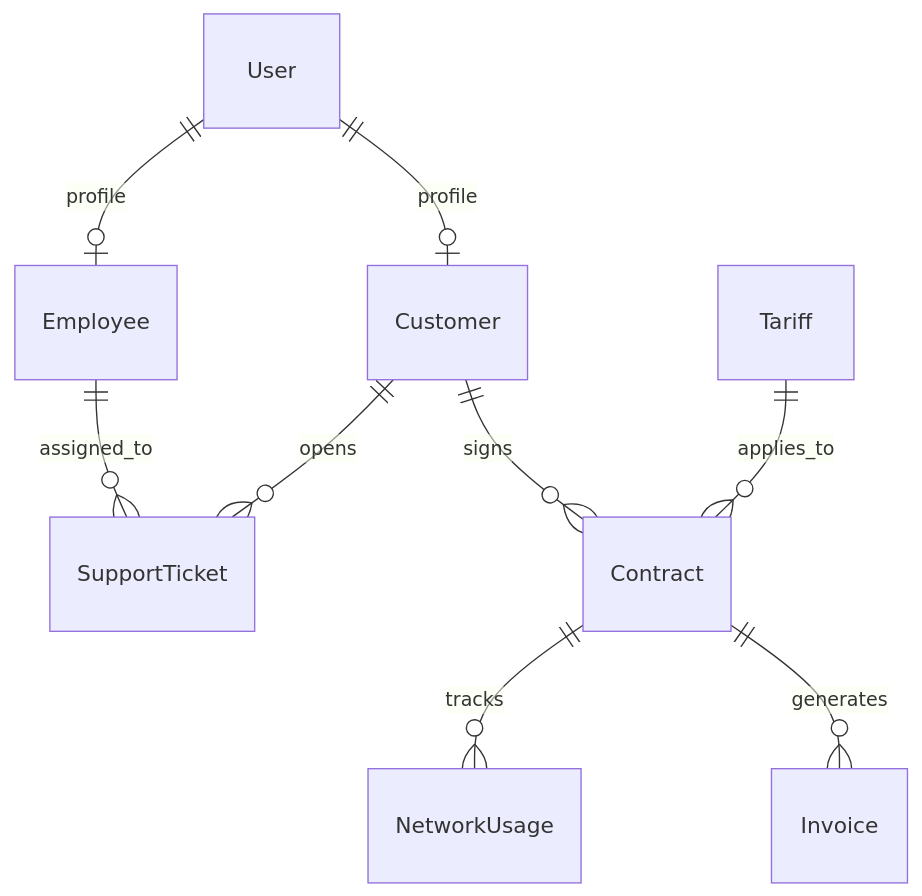
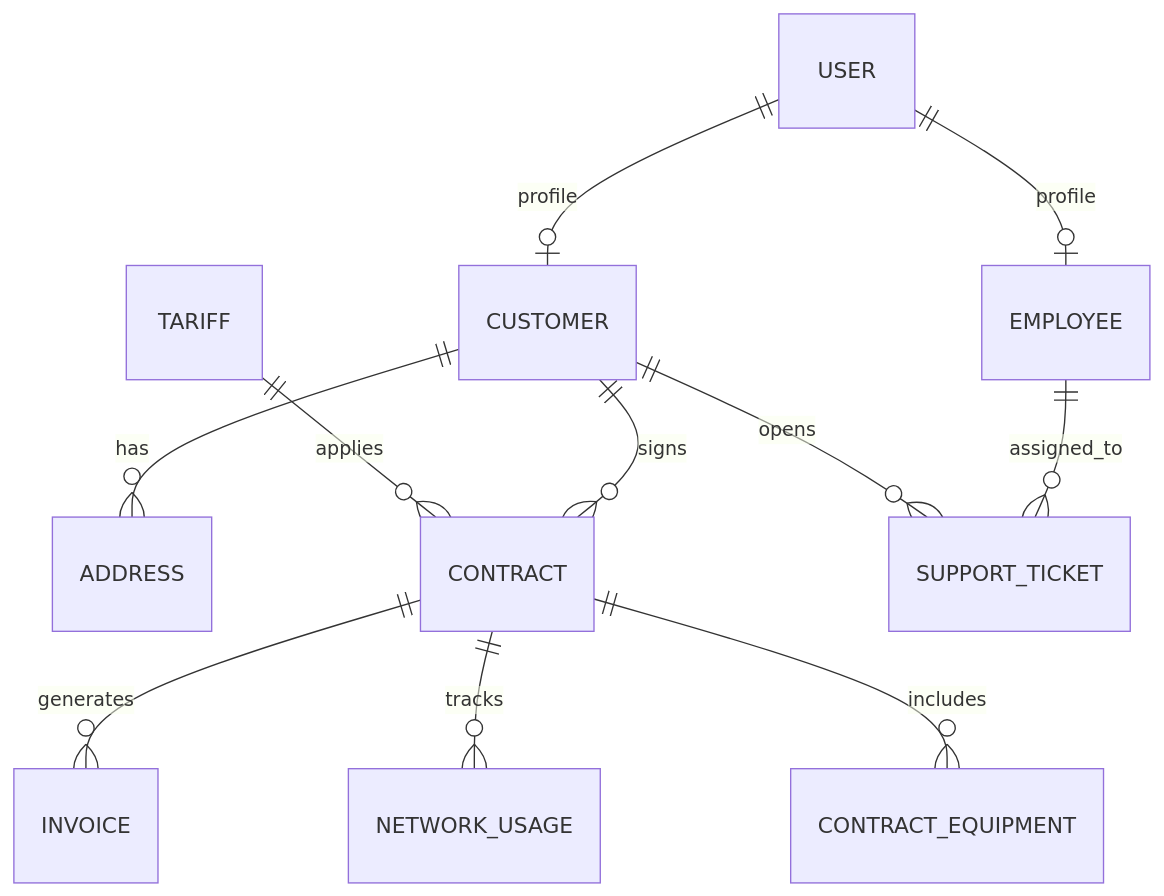
Before and after one commit to dmytrotm/isp: the second of 2 diagrams in README.md, drawn with Mermaid. The commit also changed other lines of this file and 27 other files, not shown here.

````diff
--- a/README.md
+++ b/README.md
@@ -184,11 +142,13 @@
 ```mermaid
 erDiagram
-    User ||--o| Customer : profile
-    User ||--o| Employee : profile
-    Customer ||--o{ Contract : signs
-    Contract ||--o{ Invoice : generates
-    Contract ||--o{ NetworkUsage : tracks
-    Customer ||--o{ SupportTicket : opens
-    Employee ||--o{ SupportTicket : assigned_to
-    Tariff ||--o{ Contract : applies_to
+    USER ||--o| CUSTOMER : profile
+    USER ||--o| EMPLOYEE : profile
+    CUSTOMER ||--o{ ADDRESS : has
+    CUSTOMER ||--o{ CONTRACT : signs
+    CONTRACT ||--o{ INVOICE : generates
+    CONTRACT ||--o{ NETWORK_USAGE : tracks
+    CONTRACT ||--o{ CONTRACT_EQUIPMENT : includes
+    TARIFF ||--o{ CONTRACT : applies
+    EMPLOYEE ||--o{ SUPPORT_TICKET : assigned_to
+    CUSTOMER ||--o{ SUPPORT_TICKET : opens
 ```
````
